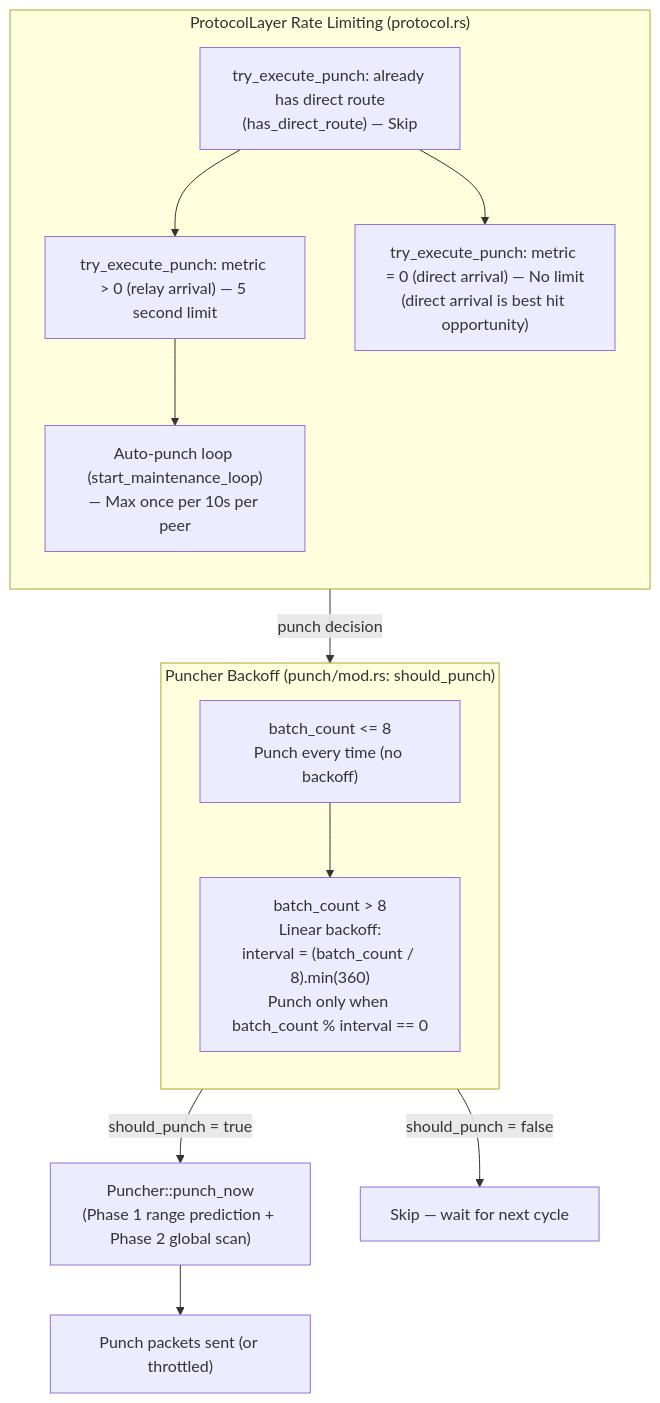
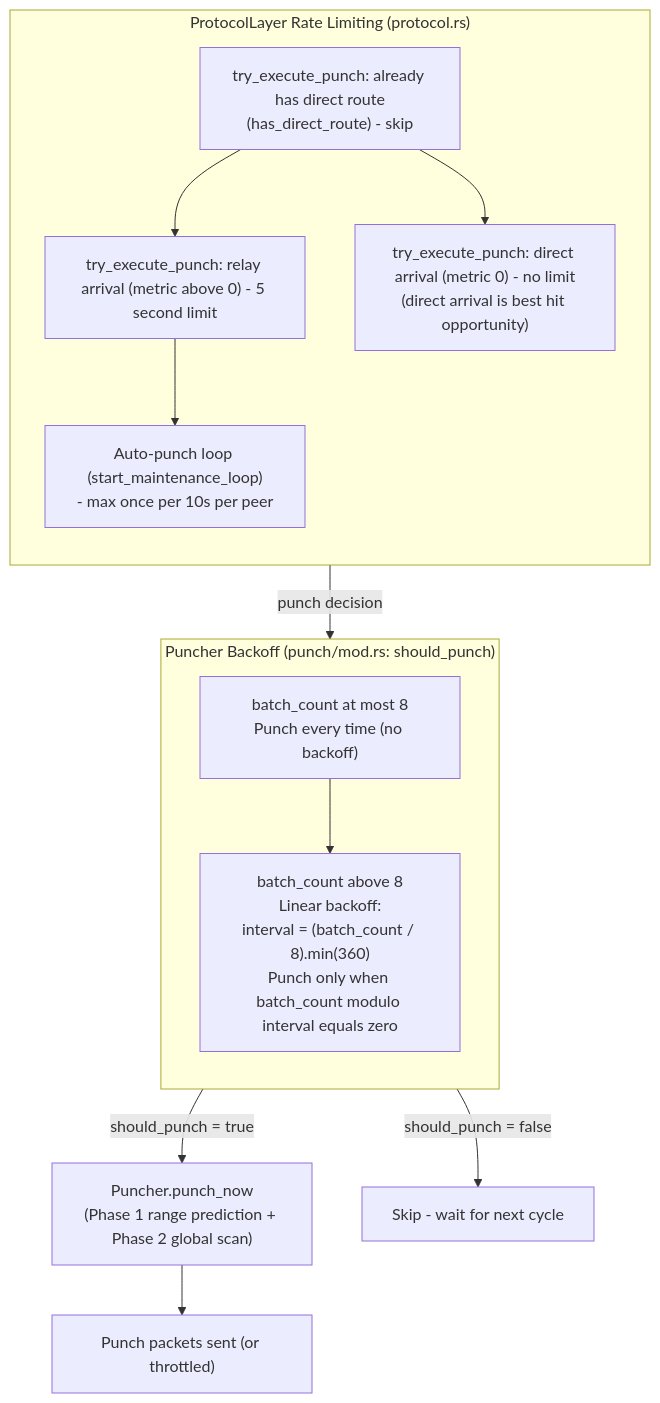
Before and after one commit to rustp2p/rustp2p: diagram 15 of 27 in docs/nat-punch-principles.md, drawn with Mermaid. The commit also changed other lines of this file, not shown here.

Commit message:
docs: harden mermaid labels after section 5.3 for renderer compatibility

````diff
--- a/docs/nat-punch-principles.md
+++ b/docs/nat-punch-principles.md
@@ -498,25 +498,25 @@
 ```mermaid
 flowchart TD
     subgraph PL["ProtocolLayer Rate Limiting (protocol.rs)"]
         direction TB
-        DIRECT["try_execute_punch: already has direct route<br/>(has_direct_route) — Skip"]
-        RELAY["try_execute_punch: metric &gt; 0 (relay arrival) — 5 second limit"]
-        DIRECT_PUNCH["try_execute_punch: metric = 0 (direct arrival) — No limit<br/>(direct arrival is best hit opportunity)"]
-        AUTO["Auto-punch loop (start_maintenance_loop)<br/>— Max once per 10s per peer"]
+        DIRECT["try_execute_punch: already has direct route<br/>(has_direct_route) - skip"]
+        RELAY["try_execute_punch: relay arrival (metric above 0) - 5 second limit"]
+        DIRECT_PUNCH["try_execute_punch: direct arrival (metric 0) - no limit<br/>(direct arrival is best hit opportunity)"]
+        AUTO["Auto-punch loop (start_maintenance_loop)<br/>- max once per 10s per peer"]
         DIRECT --> RELAY
         DIRECT --> DIRECT_PUNCH
         RELAY --> AUTO
     end
 
     subgraph PU["Puncher Backoff (punch/mod.rs: should_punch)"]
         direction TB
-        FIRST["batch_count &lt;= 8<br/>Punch every time (no backoff)"]
-        BACK["batch_count &gt; 8<br/>Linear backoff:<br/>interval = (batch_count / 8).min(360)<br/>Punch only when batch_count % interval == 0"]
+        FIRST["batch_count at most 8<br/>Punch every time (no backoff)"]
+        BACK["batch_count above 8<br/>Linear backoff:<br/>interval = (batch_count / 8).min(360)<br/>Punch only when batch_count modulo interval equals zero"]
         FIRST --> BACK
     end
 
     PL -->|"punch decision"| PU
-    PU -->|"should_punch = true"| EXEC["Puncher::punch_now<br/>(Phase 1 range prediction + Phase 2 global scan)"]
-    PU -->|"should_punch = false"| NOP["Skip — wait for next cycle"]
+    PU -->|"should_punch = true"| EXEC["Puncher.punch_now<br/>(Phase 1 range prediction + Phase 2 global scan)"]
+    PU -->|"should_punch = false"| NOP["Skip - wait for next cycle"]
     EXEC --> DONE["Punch packets sent (or throttled)"]
 ```
````
